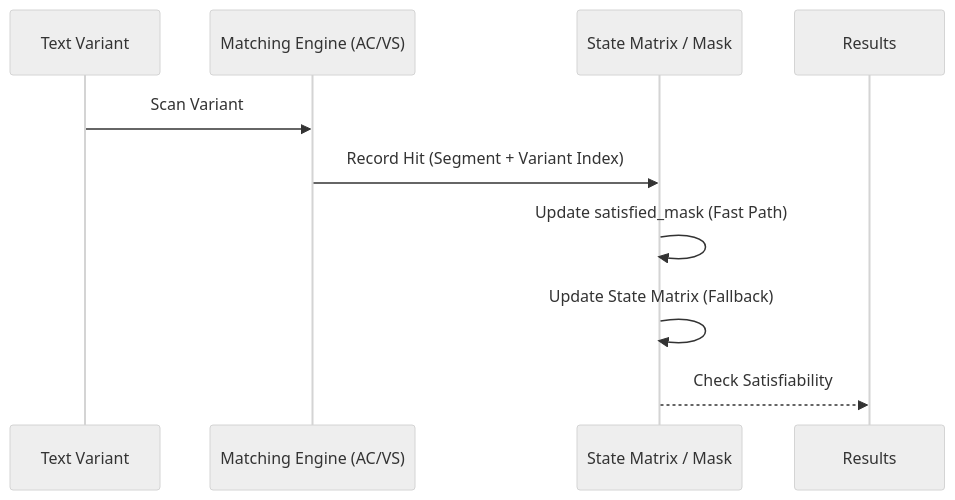
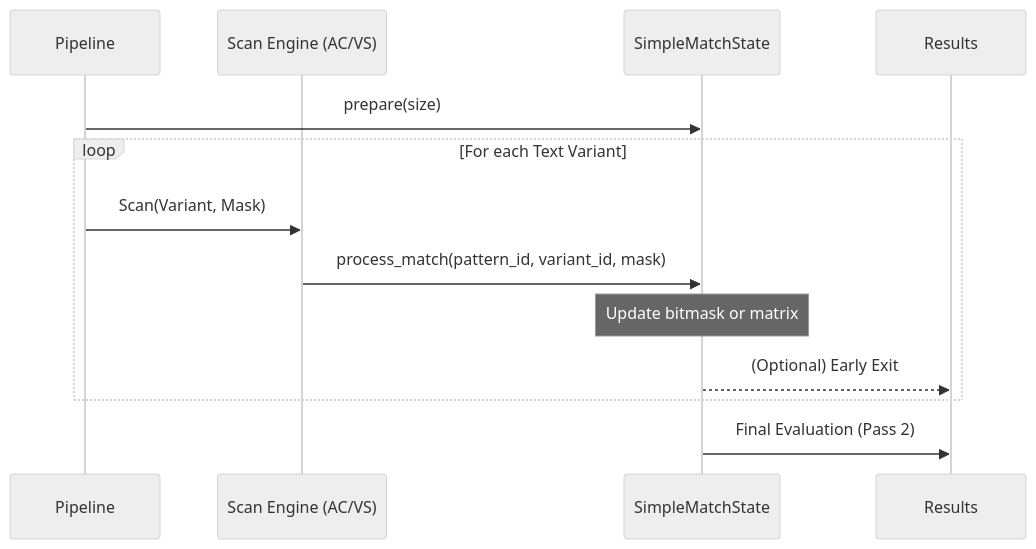
One commit to Lips7/Matcher changed the second of 2 diagrams in DESIGN.md. Above: the diagram before and after it, drawn with Mermaid (neutral theme). The commit also changed other lines of this file, not shown here.

Commit message:
docs: enhance design documentation with `ProcessType` bitmask/Trie, two-pass matching engine, and state management optimizations.

````diff
--- a/DESIGN.md
+++ b/DESIGN.md
@@ -134,13 +144,16 @@
 ```mermaid
 sequenceDiagram
-    participant T as Text Variant
-    participant E as Matching Engine (AC/VS)
-    participant S as State Matrix / Mask
+    participant P as Pipeline
+    participant E as Scan Engine (AC/VS)
+    participant S as SimpleMatchState
     participant R as Results
     
-    T->>E: Scan Variant
-    E->>S: Record Hit (Segment + Variant Index)
-    S->>S: Update satisfied_mask (Fast Path)
-    S->>S: Update State Matrix (Fallback)
-    S-->>R: Check Satisfiability
+    P->>S: prepare(size)
+    loop For each Text Variant
+        P->>E: Scan(Variant, Mask)
+        E->>S: process_match(pattern_id, variant_id, mask)
+        Note over S: Update bitmask or matrix
+        S-->>R: (Optional) Early Exit
+    end
+    S->>R: Final Evaluation (Pass 2)
 ```
````
